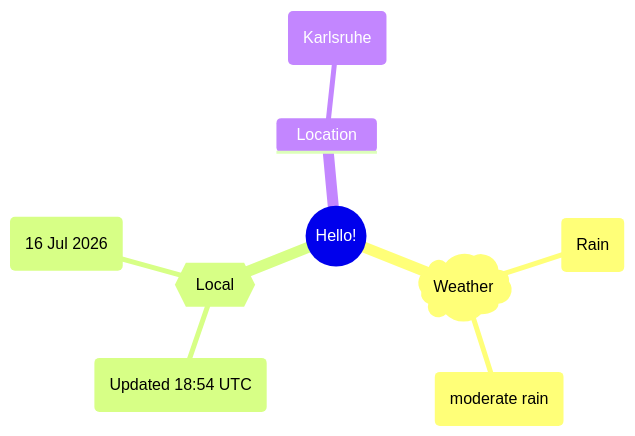
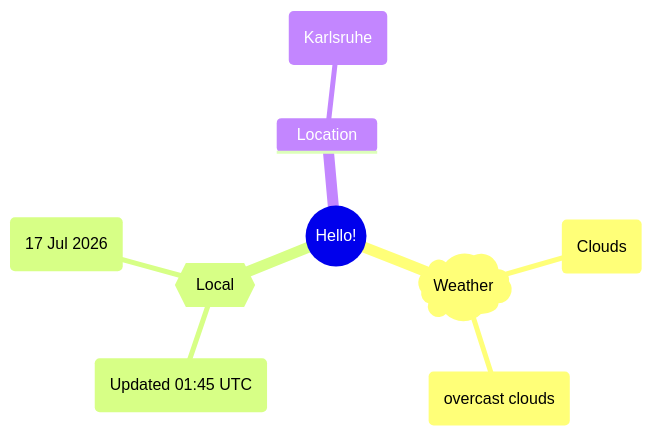
One commit to Xosrov/Xosrov changed the first of 2 diagrams in README.md. Above: the diagram before and after it, drawn with Mermaid.

Commit message:
[bot] updated images

````diff
--- a/README.md
+++ b/README.md
@@ -3,12 +3,12 @@
 ```mermaid
 mindmap
   root((Hello!))
     )Weather(
-        (Rain)
-        (moderate rain)
+        (Clouds)
+        (overcast clouds)
     {{Local}}
-        (Updated 18:54 UTC)
-        (16 Jul 2026)
+        (Updated 01:45 UTC)
+        (17 Jul 2026)
     Location
         (Karlsruhe)
 ```
````
